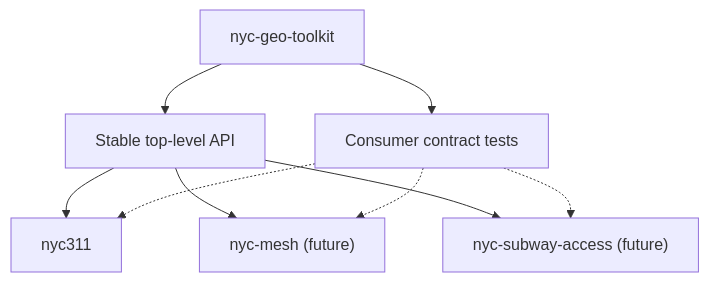
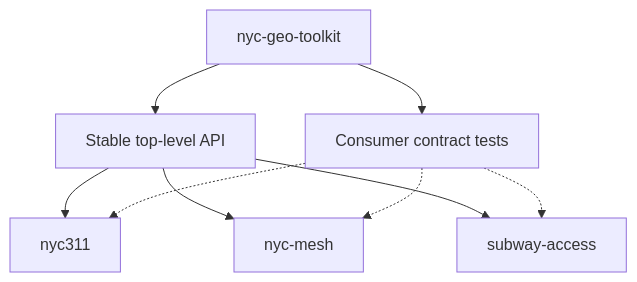
The second of 2 diagrams in docs/architecture.md (random-walks/nyc-geo-toolkit), drawn with Mermaid before and after one commit. The commit also changed other lines of this file and 18 other files, not shown here.

First line of the commit message:
feat: add cover figure, improve prettier/lint config, overhaul README and docs

````diff
--- a/docs/architecture.md
+++ b/docs/architecture.md
@@ -48,11 +48,11 @@
 ```mermaid
 flowchart TB
     toolkit["nyc-geo-toolkit"] --> publicApi["Stable top-level API"]
     toolkit --> contractTests["Consumer contract tests"]
     publicApi --> nyc311["nyc311"]
-    publicApi --> futureMesh["nyc-mesh (future)"]
-    publicApi --> futureSubway["nyc-subway-access (future)"]
+    publicApi --> nycMesh["nyc-mesh"]
+    publicApi --> subwayAccess["subway-access"]
     contractTests -.-> nyc311
-    contractTests -.-> futureMesh
-    contractTests -.-> futureSubway
+    contractTests -.-> nycMesh
+    contractTests -.-> subwayAccess
 ```
````
